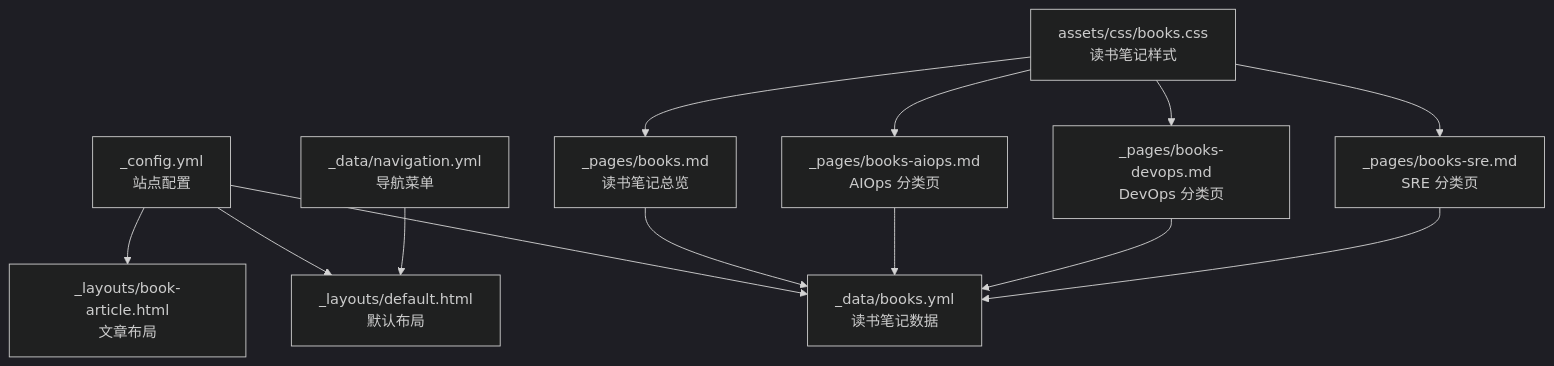
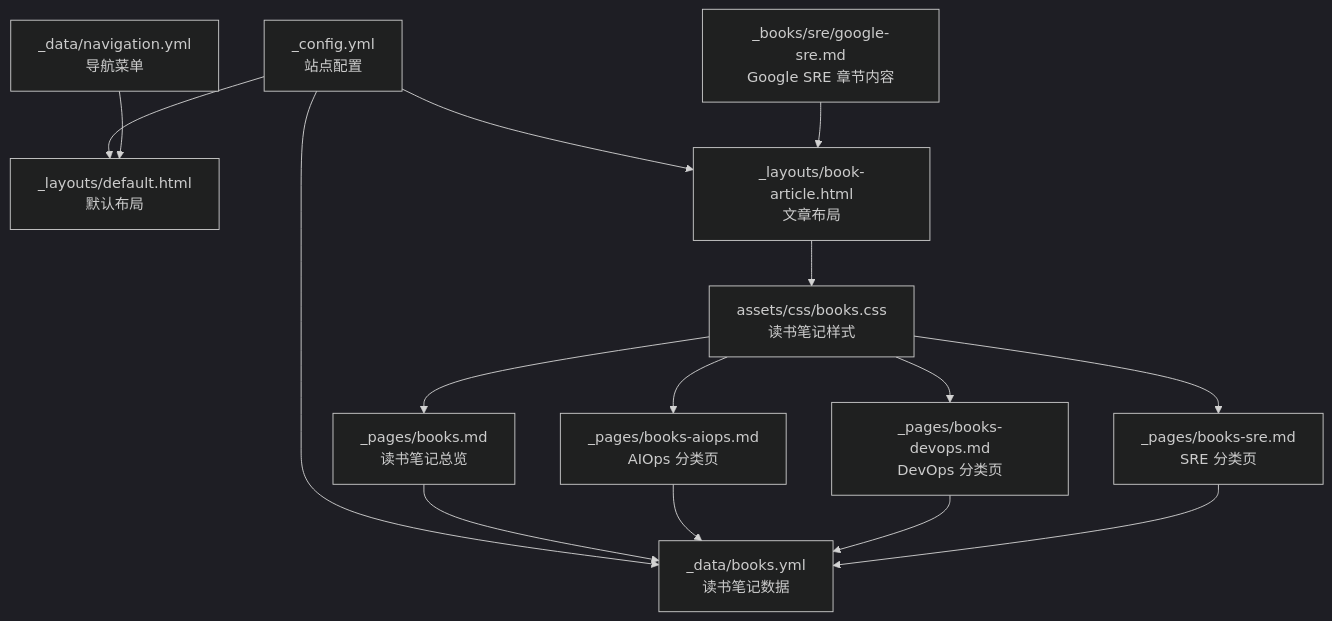
The first of 8 diagrams in .qoder/repowiki/zh/content/内容管理/书籍管理系统.md (pizicaiman/pizicaiman.github.io), drawn with Mermaid (dark theme) before and after one commit. The commit also changed other lines of this file and 10 other files, not shown here.

````diff
--- a/.qoder/repowiki/zh/content/内容管理/书籍管理系统.md
+++ b/.qoder/repowiki/zh/content/内容管理/书籍管理系统.md
@@ -41,15 +53,17 @@
 ```mermaid
 graph TB
 A["_config.yml<br/>站点配置"] --> B["_data/books.yml<br/>读书笔记数据"]
 A --> C["_layouts/default.html<br/>默认布局"]
 A --> D["_layouts/book-article.html<br/>文章布局"]
 E["_pages/books.md<br/>读书笔记总览"] --> B
 F["_pages/books-aiops.md<br/>AIOps 分类页"] --> B
 G["_pages/books-devops.md<br/>DevOps 分类页"] --> B
 H["_pages/books-sre.md<br/>SRE 分类页"] --> B
 I["assets/css/books.css<br/>读书笔记样式"] --> E
 I --> F
 I --> G
 I --> H
 J["_data/navigation.yml<br/>导航菜单"] --> C
+K["_books/sre/google-sre.md<br/>Google SRE 章节内容"] --> D
+D --> I
 ```
````
